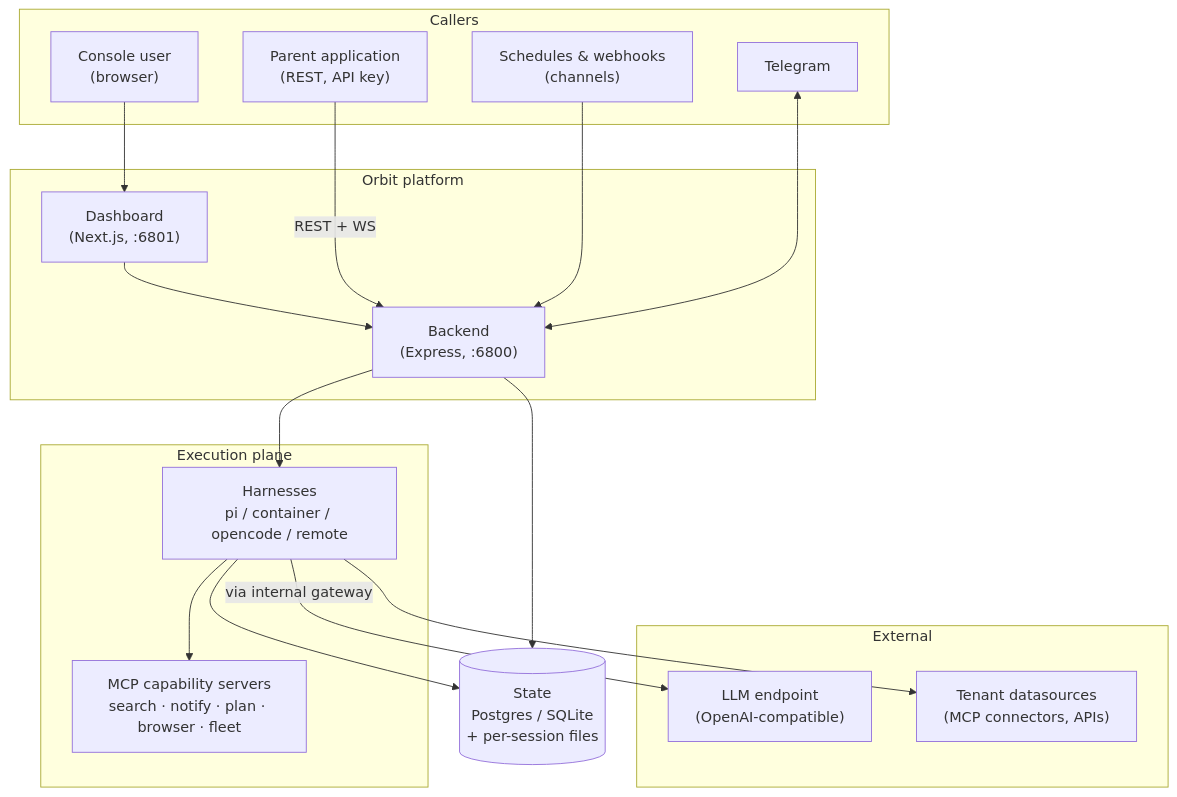
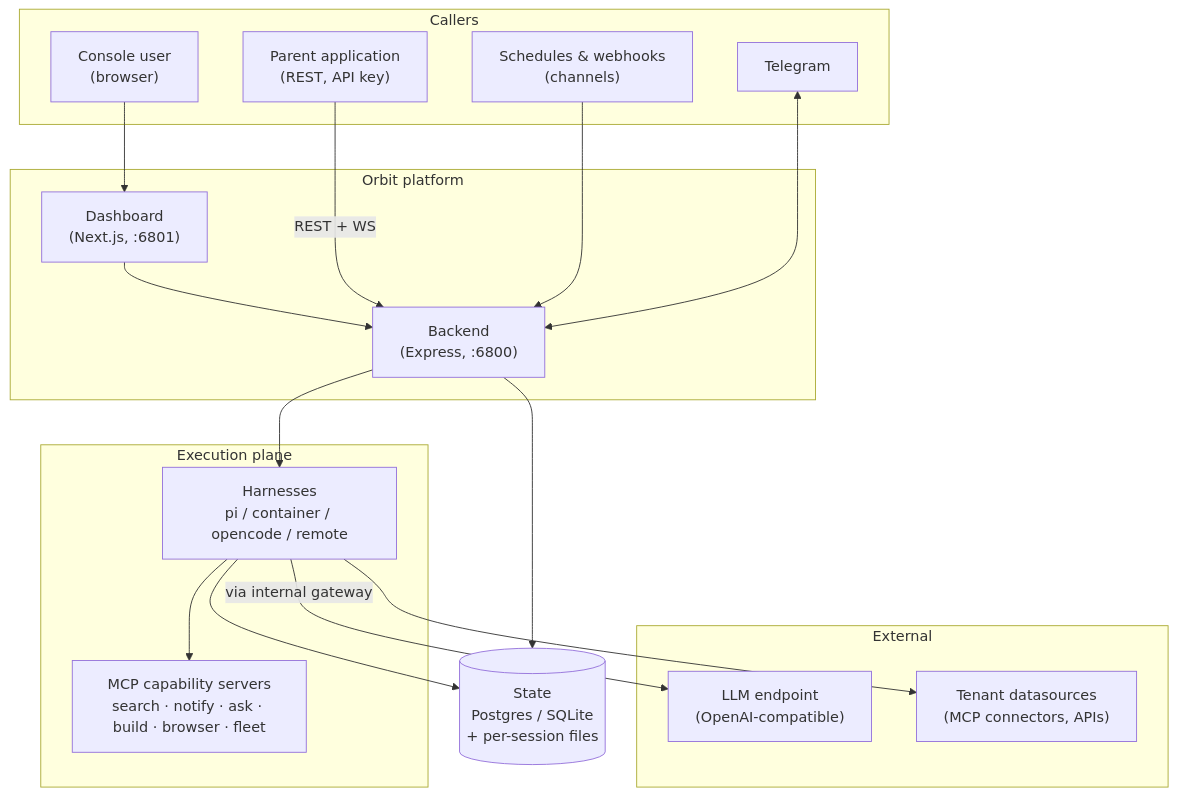
Before and after one commit to BLANCO-11/Orbit: the first of 11 diagrams in docs/architecture.md, drawn with Mermaid. The commit also changed other lines of this file and 24 other files, not shown here.

````diff
--- a/docs/architecture.md
+++ b/docs/architecture.md
@@ -32,37 +32,37 @@
 ```mermaid
 flowchart TB
     subgraph clients["Callers"]
         UI["Console user<br/>(browser)"]
         APP["Parent application<br/>(REST, API key)"]
         CH["Schedules & webhooks<br/>(channels)"]
         TG["Telegram"]
     end
 
     subgraph orbit["Orbit platform"]
         DASH["Dashboard<br/>(Next.js, :6801)"]
         BE["Backend<br/>(Express, :6800)"]
     end
 
     subgraph exec["Execution plane"]
         H["Harnesses<br/>pi / container / opencode / remote"]
-        MCP["MCP capability servers<br/>search · notify · plan · browser · fleet"]
+        MCP["MCP capability servers<br/>search · notify · ask · build · browser · fleet"]
     end
 
     subgraph ext["External"]
         LLM["LLM endpoint<br/>(OpenAI-compatible)"]
         DS["Tenant datasources<br/>(MCP connectors, APIs)"]
     end
 
     STORE[("State<br/>Postgres / SQLite<br/>+ per-session files")]
 
     UI --> DASH --> BE
     APP -->|REST + WS| BE
     CH --> BE
     TG <--> BE
     BE --> H
     H --> MCP
     H -->|via internal gateway| LLM
     H --> DS
     BE --> STORE
     H --> STORE
 ```
````
